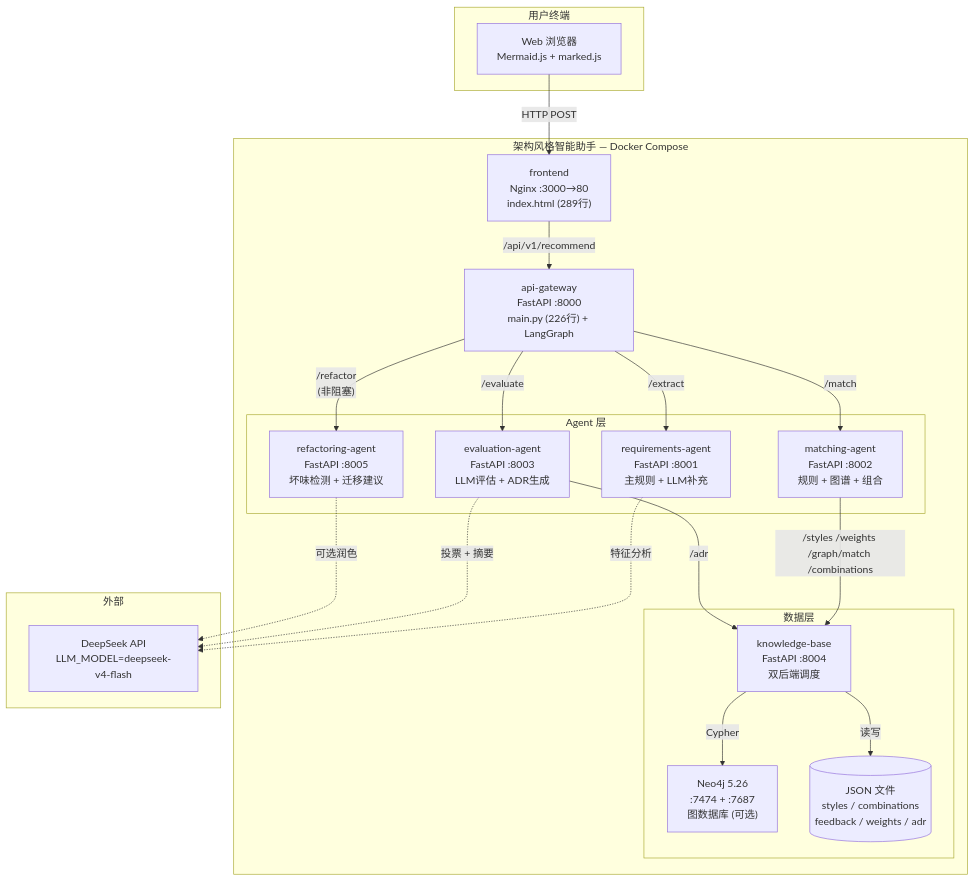
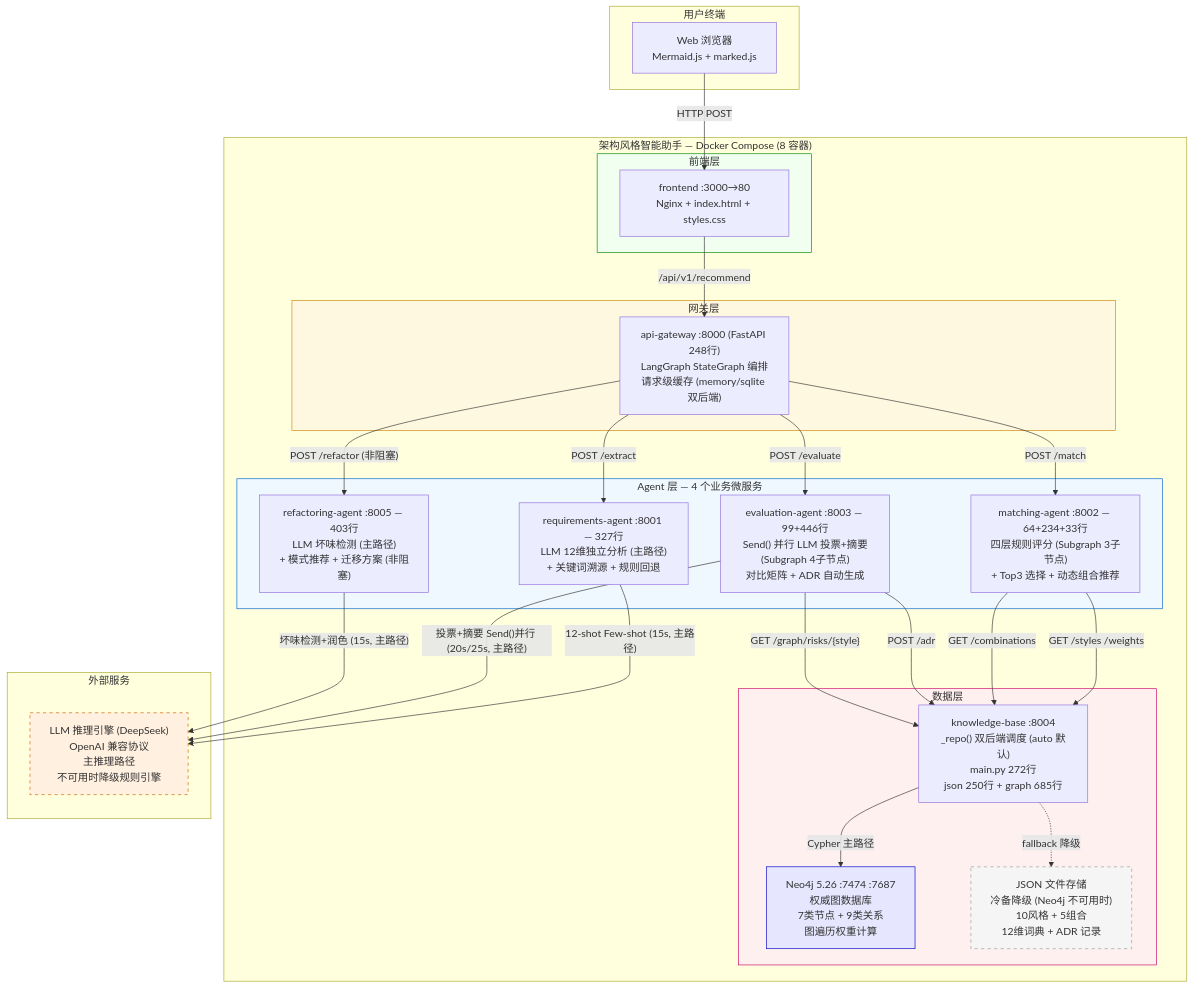
One commit to zbhzbhzbh11/architecture-assistant changed the second of 5 diagrams in docs/02-架构设计文档.md. Above: the diagram before and after it, drawn with Mermaid. The commit also changed other lines of this file and 55 other files, not shown here.

````diff
--- a/docs/02-架构设计文档.md
+++ b/docs/02-架构设计文档.md
@@ -141,42 +143,57 @@
 ```mermaid
 graph TB
-    subgraph "用户终端"
+    subgraph UserDevice["用户终端"]
         Browser["Web 浏览器<br/>Mermaid.js + marked.js"]
     end
 
-    subgraph "架构风格智能助手 — Docker Compose"
-        Frontend["frontend<br/>Nginx :3000→80<br/>index.html (289行)"]
-        Gateway["api-gateway<br/>FastAPI :8000<br/>main.py (226行) + LangGraph"]
-
-        subgraph "Agent 层"
-            ReqAgent["requirements-agent<br/>FastAPI :8001<br/>主规则 + LLM补充"]
-            MatchAgent["matching-agent<br/>FastAPI :8002<br/>规则 + 图谱 + 组合"]
-            EvalAgent["evaluation-agent<br/>FastAPI :8003<br/>LLM评估 + ADR生成"]
-            RefAgent["refactoring-agent<br/>FastAPI :8005<br/>坏味检测 + 迁移建议"]
+    subgraph SystemBoundary["架构风格智能助手 — Docker Compose (8 容器)"]
+        subgraph FrontendLayer["前端层"]
+            Frontend["frontend :3000→80<br/>Nginx + index.html + styles.css"]
         end
 
-        subgraph "数据层"
-            KB["knowledge-base<br/>FastAPI :8004<br/>双后端调度"]
-            Neo4j["Neo4j 5.26<br/>:7474 + :7687<br/>图数据库 (可选)"]
-            JSON[("JSON 文件<br/>styles / combinations<br/>feedback / weights / adr")]
+        subgraph GatewayLayer["网关层"]
+            Gateway["api-gateway :8000 (FastAPI 248行)<br/>LangGraph StateGraph 编排<br/>请求级缓存 (memory/sqlite 双后端)"]
+        end
+
+        subgraph AgentLayer["Agent 层 — 4 个业务微服务"]
+            ReqAgent["requirements-agent :8001 — 327行<br/>LLM 12维独立分析 (主路径)<br/>+ 关键词溯源 + 规则回退"]
+            MatchAgent["matching-agent :8002 — 64+234+33行<br/>四层规则评分 (Subgraph 3子节点)<br/>+ Top3 选择 + 动态组合推荐"]
+            EvalAgent["evaluation-agent :8003 — 99+446行<br/>Send() 并行 LLM 投票+摘要<br/>(Subgraph 4子节点)<br/>对比矩阵 + ADR 自动生成"]
+            RefAgent["refactoring-agent :8005 — 403行<br/>LLM 坏味检测 (主路径)<br/>+ 模式推荐 + 迁移方案 (非阻塞)"]
+        end
+
+        subgraph DataLayer["数据层"]
+            KB["knowledge-base :8004<br/>_repo() 双后端调度 (auto 默认)<br/>main.py 272行<br/>json 250行 + graph 685行"]
+            Neo4jDB["Neo4j 5.26 :7474 :7687<br/>权威图数据库<br/>7类节点 + 9类关系<br/>图遍历权重计算"]
+            JSONFiles["JSON 文件存储<br/>冷备降级 (Neo4j 不可用时)<br/>10风格 + 5组合<br/>12维词典 + ADR 记录"]
         end
     end
 
-    subgraph "外部"
-        DeepSeek["DeepSeek API<br/>LLM_MODEL=deepseek-v4-flash"]
+    subgraph ExternalServices["外部服务"]
+        LLM["LLM 推理引擎 (DeepSeek)<br/>OpenAI 兼容协议<br/>主推理路径<br/>不可用时降级规则引擎"]
     end
 
     Browser -->|"HTTP POST"| Frontend
     Frontend -->|"/api/v1/recommend"| Gateway
-    Gateway -->|"/extract"| ReqAgent
-    Gateway -->|"/match"| MatchAgent
-    Gateway -->|"/evaluate"| EvalAgent
-    Gateway -->|"/refactor<br/>(非阻塞)"| RefAgent
-    MatchAgent -->|"/styles /weights /graph/match /combinations"| KB
-    EvalAgent -->|"/adr"| KB
-    KB -->|"Cypher"| Neo4j
-    KB -->|"读写"| JSON
-    ReqAgent -.->|"特征分析"| DeepSeek
-    EvalAgent -.->|"投票 + 摘要"| DeepSeek
-    RefAgent -.->|"可选润色"| DeepSeek
+    Gateway -->|"POST /extract"| ReqAgent
+    Gateway -->|"POST /match"| MatchAgent
+    Gateway -->|"POST /evaluate"| EvalAgent
+    Gateway -->|"POST /refactor (非阻塞)"| RefAgent
+    MatchAgent -->|"GET /styles /weights"| KB
+    MatchAgent -->|"GET /combinations"| KB
+    EvalAgent -->|"POST /adr"| KB
+    EvalAgent -->|"GET /graph/risks/{style}"| KB
+    KB -->|"Cypher 主路径"| Neo4jDB
+    KB -.->|"fallback 降级"| JSONFiles
+    ReqAgent -->|"12-shot Few-shot (15s, 主路径)"| LLM
+    EvalAgent -->|"投票+摘要 Send()并行 (20s/25s, 主路径)"| LLM
+    RefAgent -->|"坏味检测+润色 (15s, 主路径)"| LLM
+
+    style LLM fill:#fff0e0,stroke:#cc6600,stroke-dasharray: 5 5
+    style Neo4jDB fill:#e6e6ff,stroke:#0000cc
+    style JSONFiles fill:#f5f5f5,stroke:#999999,stroke-dasharray: 5 5
+    style FrontendLayer fill:#f0fff0,stroke:#008800
+    style GatewayLayer fill:#fff8e0,stroke:#cc8800
+    style AgentLayer fill:#f0f8ff,stroke:#0066cc
+    style DataLayer fill:#fff0f0,stroke:#cc0066
 ```
````
